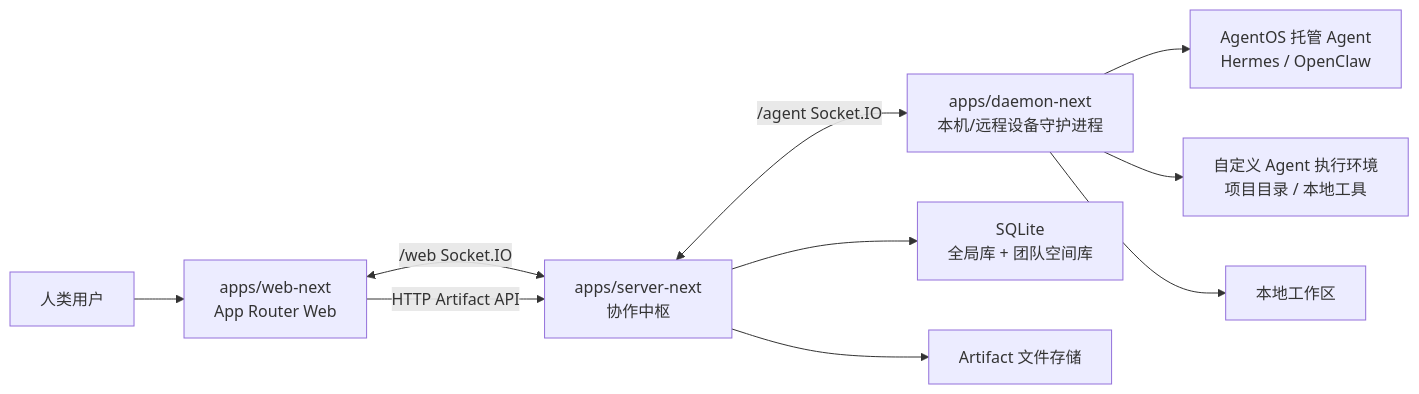
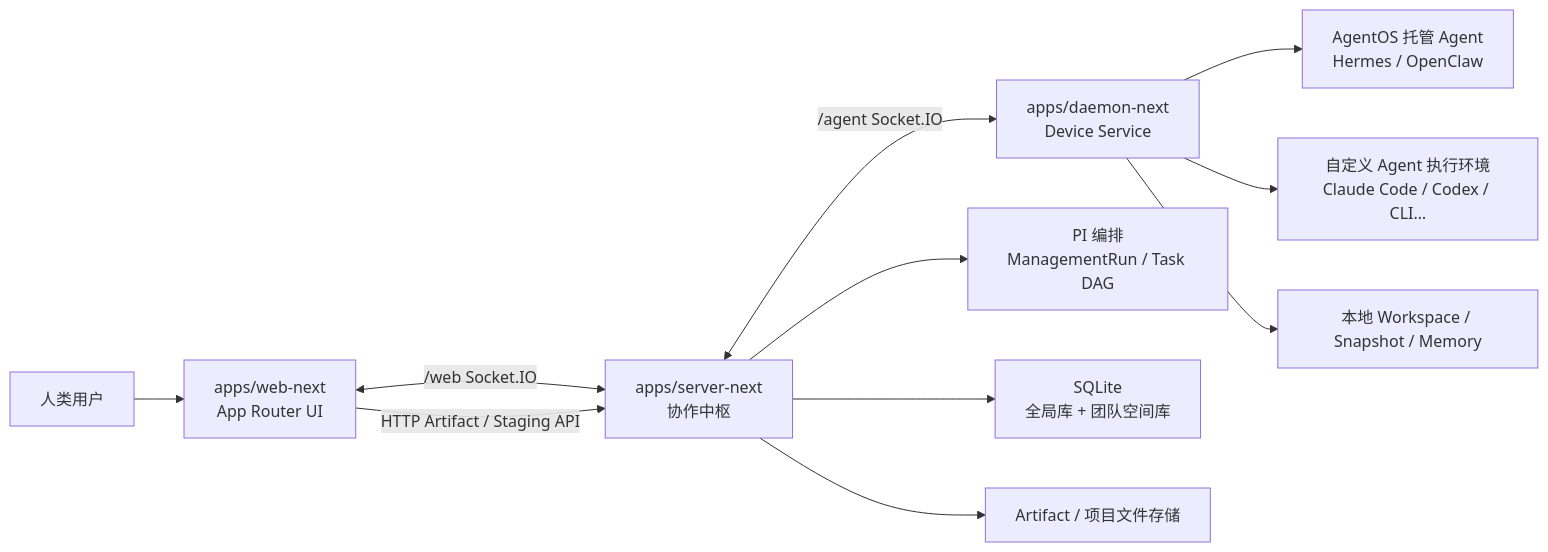
Before and after one commit to xiaojichao/agentbean: the first of 5 diagrams in README.md, drawn with Mermaid. The commit also changed other lines of this file and 1 other file, not shown here.

First line of the commit message:
docs: 同步 README 与 CI_CD 至 AgentBean Next 现状

````diff
--- a/README.md
+++ b/README.md
@@ -70,14 +87,15 @@
 ```mermaid
 flowchart LR
-  U["人类用户"] --> W["apps/web-next<br/>App Router Web"]
+  U["人类用户"] --> W["apps/web-next<br/>App Router UI"]
   W <-->|"/web Socket.IO"| S["apps/server-next<br/>协作中枢"]
-  W -->|"HTTP Artifact API"| S
+  W -->|"HTTP Artifact / Staging API"| S
 
-  S <-->|"/agent Socket.IO"| D["apps/daemon-next<br/>本机/远程设备守护进程"]
+  S <-->|"/agent Socket.IO"| D["apps/daemon-next<br/>Device Service"]
   D --> R1["AgentOS 托管 Agent<br/>Hermes / OpenClaw"]
-  D --> R2["自定义 Agent 执行环境<br/>项目目录 / 本地工具"]
-  D --> FS["本地工作区"]
+  D --> R2["自定义 Agent 执行环境<br/>Claude Code / Codex / CLI…"]
+  D --> FS["本地 Workspace / Snapshot / Memory"]
 
+  S --> PI["PI 编排<br/>ManagementRun / Task DAG"]
   S --> DB["SQLite<br/>全局库 + 团队空间库"]
-  S --> ART["Artifact 文件存储"]
+  S --> ART["Artifact / 项目文件存储"]
 ```
````
